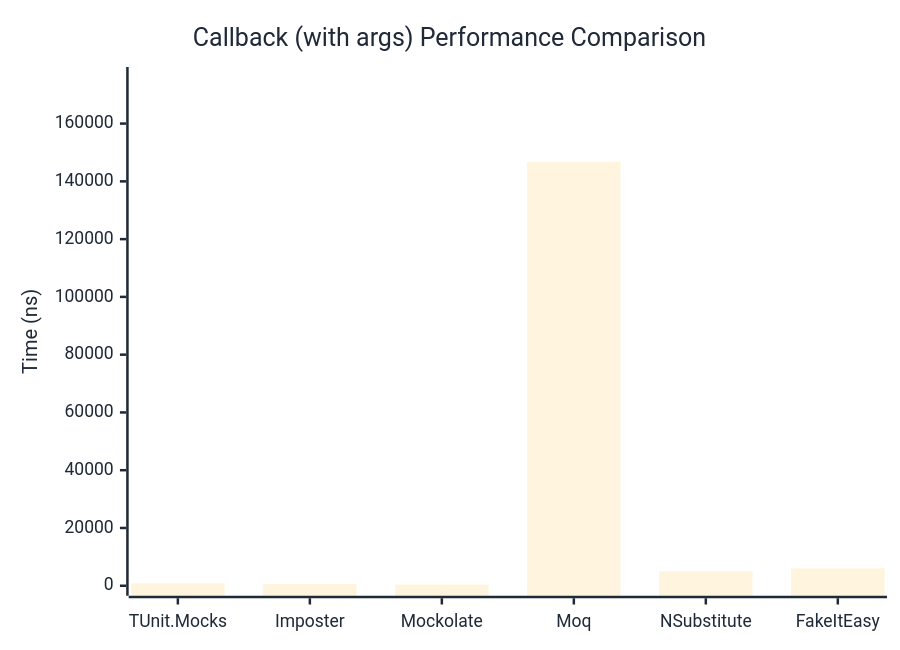
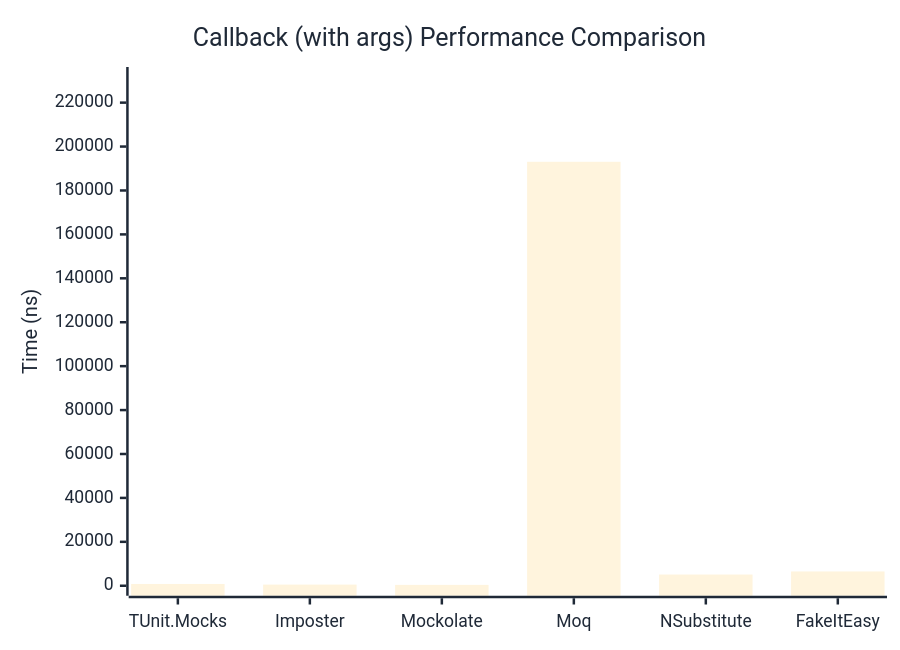
The second of 2 diagrams in docs/docs/benchmarks/mocks/Callback.md (thomhurst/TUnit), drawn with Mermaid before and after one commit. The commit also changed other lines of this file and 14 other files, not shown here.

````diff
--- a/docs/docs/benchmarks/mocks/Callback.md
+++ b/docs/docs/benchmarks/mocks/Callback.md
@@ -71,27 +71,27 @@
 ```mermaid
 %%{init: {
   'theme':'base',
   'themeVariables': {
     'primaryColor': '#2563eb',
     'primaryTextColor': '#1f2937',
     'primaryBorderColor': '#1e40af',
     'lineColor': '#6b7280',
     'secondaryColor': '#7c3aed',
     'tertiaryColor': '#dc2626',
     'background': '#ffffff',
     'pie1': '#2563eb',
     'pie2': '#7c3aed',
     'pie3': '#dc2626',
     'pie4': '#f59e0b',
     'pie5': '#10b981',
     'pie6': '#06b6d4',
     'pie7': '#ec4899',
     'pie8': '#6366f1'
   }
 }}%%
 xychart-beta
   title "Callback (with args) Performance Comparison"
   x-axis ["TUnit.Mocks", "Imposter", "Mockolate", "Moq", "NSubstitute", "FakeItEasy"]
-  y-axis "Time (ns)" 0 --> 176126
-  bar [816.1, 546.6, 399, 146771.1, 4976.8, 6041.5]
+  y-axis "Time (ns)" 0 --> 231675
+  bar [811.2, 527.2, 397.1, 193062.3, 5103.9, 6507.6]
 ```
````
